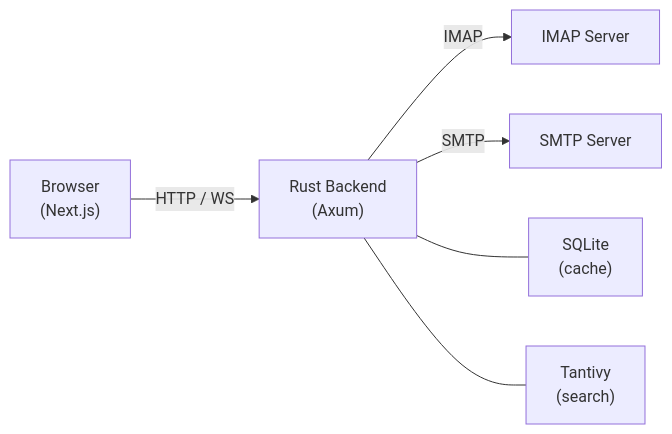
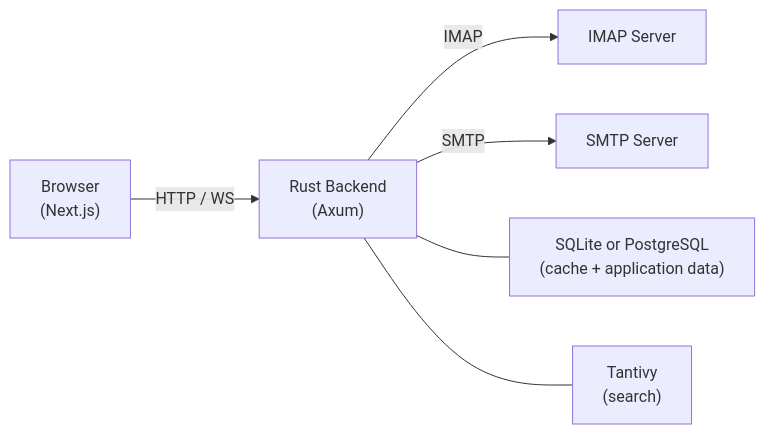
Before and after one commit to c0h1b4/oxi: the diagram in README.md, drawn with Mermaid. The commit also changed other lines of this file and 55 other files, not shown here.

Commit message:
feat: add optional PostgreSQL persistence backend

````diff
--- a/README.md
+++ b/README.md
@@ -146,8 +208,8 @@
 ```mermaid
 graph LR
     Browser["Browser\n(Next.js)"] -->|HTTP / WS| Backend["Rust Backend\n(Axum)"]
     Backend -->|IMAP| IMAP["IMAP Server"]
     Backend -->|SMTP| SMTP["SMTP Server"]
-    Backend --- SQLite["SQLite\n(cache)"]
+    Backend --- Database["SQLite or PostgreSQL\n(cache + application data)"]
     Backend --- Tantivy["Tantivy\n(search)"]
 ```
````
